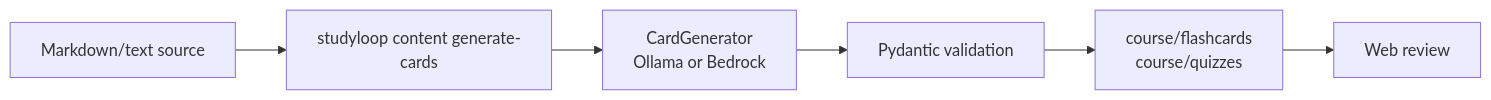
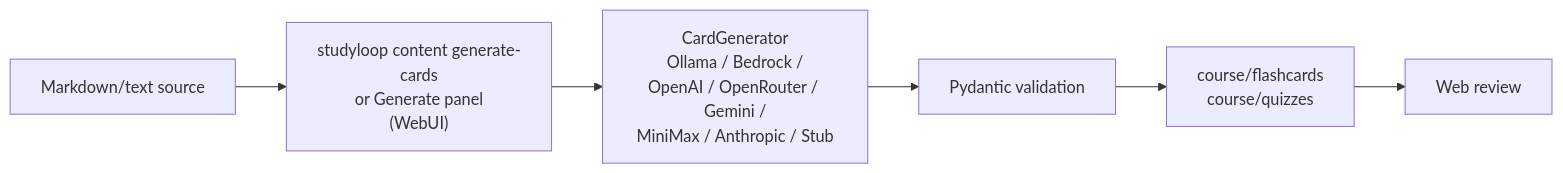
Before and after one commit to NetDevAutomate/StudyLoop: the third of 4 diagrams in docs/system-overview.md, drawn with Mermaid. The commit also changed other lines of this file and 4 other files, not shown here.

First line of the commit message:
docs: content generation panel — C4 + user docs for pluggable provider abstraction

````diff
--- a/docs/system-overview.md
+++ b/docs/system-overview.md
@@ -103,11 +103,11 @@
 ```mermaid
 flowchart LR
     Source["Markdown/text source"]
-    Generate["studyloop content generate-cards"]
-    Backend["CardGenerator<br/>Ollama or Bedrock"]
+    Generate["studyloop content generate-cards<br/>or Generate panel<br/>(WebUI)"]
+    Backend["CardGenerator<br/>Ollama / Bedrock /<br/>OpenAI / OpenRouter / Gemini /<br/>MiniMax / Anthropic / Stub"]
     Schema["Pydantic validation"]
     Artefacts["course/flashcards<br/>course/quizzes"]
     PWA["Web review"]
 
     Source --> Generate --> Backend --> Schema --> Artefacts --> PWA
 ```
````
